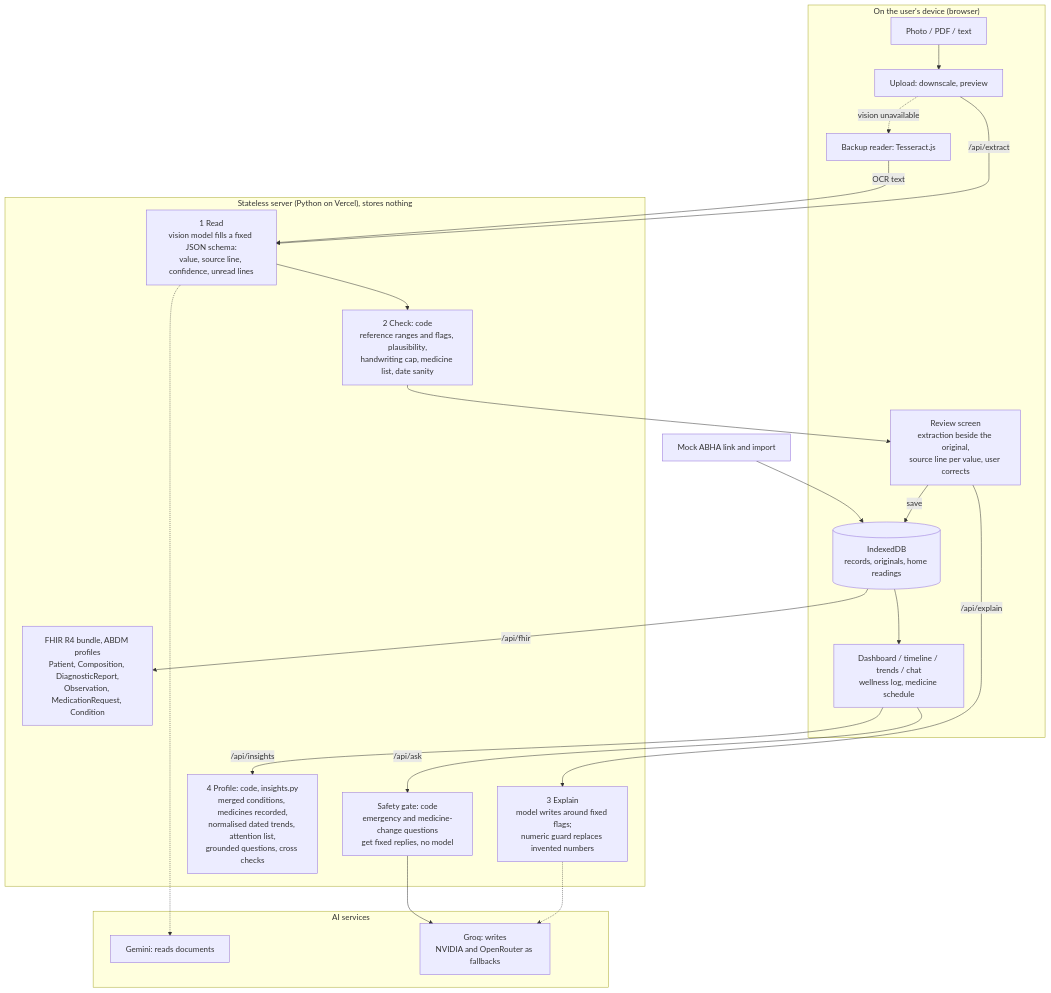
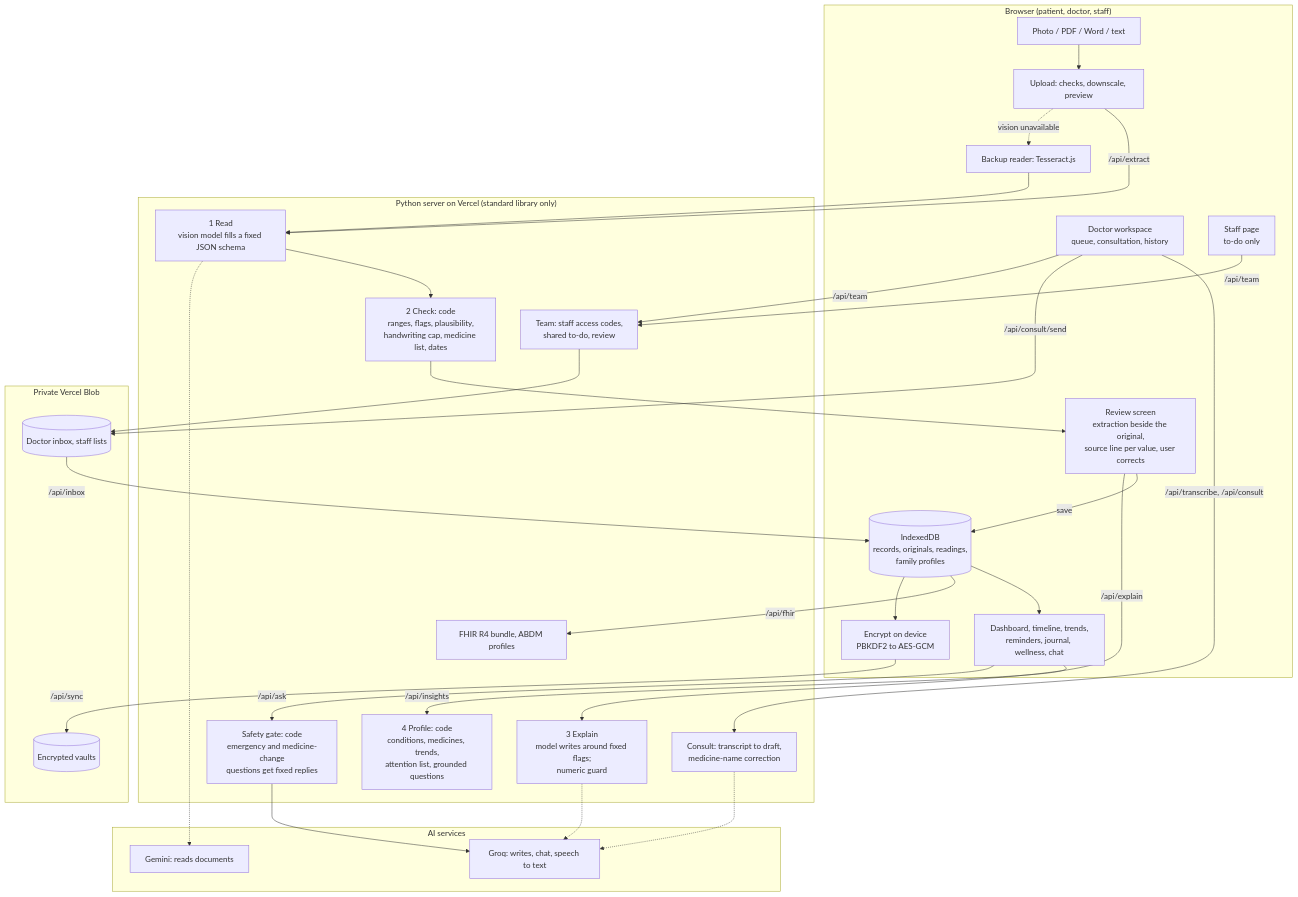
Before and after one commit to OrbitronOfficial/sehat-copilot: the diagram in README.md, drawn with Mermaid. The commit also changed other lines of this file, not shown here.

Commit message:
docs(readme): document the Round 2 build, demos, architecture and limits

````diff
--- a/README.md
+++ b/README.md
@@ -23,31 +77,43 @@
 ```mermaid
 flowchart TB
-  subgraph Device["On the user's device (browser)"]
-    U[Photo / PDF / text] --> B[Upload: downscale, preview]
+  subgraph Device["Browser (patient, doctor, staff)"]
+    U[Photo / PDF / Word / text] --> B[Upload: checks, downscale, preview]
     V[Review screen<br/>extraction beside the original,<br/>source line per value, user corrects]
-    S[(IndexedDB<br/>records, originals, home readings)]
-    D[Dashboard / timeline / trends / chat<br/>wellness log, medicine schedule]
+    S[(IndexedDB<br/>records, originals, readings,<br/>family profiles)]
+    D[Dashboard, timeline, trends,<br/>reminders, journal, wellness, chat]
+    DR[Doctor workspace<br/>queue, consultation, history]
+    ST[Staff page<br/>to-do only]
+    E[Encrypt on device<br/>PBKDF2 to AES-GCM]
     O[Backup reader: Tesseract.js]
   end
-  subgraph Server["Stateless server (Python on Vercel), stores nothing"]
-    R[1 Read<br/>vision model fills a fixed JSON schema:<br/>value, source line, confidence, unread lines]
-    C[2 Check: code<br/>reference ranges and flags, plausibility,<br/>handwriting cap, medicine list, date sanity]
-    W[3 Explain<br/>model writes around fixed flags;<br/>numeric guard replaces invented numbers]
-    P[4 Profile: code, insights.py<br/>merged conditions, medicines recorded,<br/>normalised dated trends, attention list,<br/>grounded questions, cross checks]
-    G[Safety gate: code<br/>emergency and medicine-change questions<br/>get fixed replies, no model]
-    F[FHIR R4 bundle, ABDM profiles<br/>Patient, Composition, DiagnosticReport,<br/>Observation, MedicationRequest, Condition]
+  subgraph Server["Python server on Vercel (standard library only)"]
+    R[1 Read<br/>vision model fills a fixed JSON schema]
+    C[2 Check: code<br/>ranges, flags, plausibility,<br/>handwriting cap, medicine list, dates]
+    W[3 Explain<br/>model writes around fixed flags;<br/>numeric guard]
+    P[4 Profile: code<br/>conditions, medicines, trends,<br/>attention list, grounded questions]
+    G[Safety gate: code<br/>emergency and medicine-change<br/>questions get fixed replies]
+    CO[Consult: transcript to draft,<br/>medicine-name correction]
+    T[Team: staff access codes,<br/>shared to-do, review]
+    F[FHIR R4 bundle, ABDM profiles]
+  end
+  subgraph Store["Private Vercel Blob"]
+    VA[(Encrypted vaults)]
+    AD[(Doctor inbox, staff lists)]
   end
   subgraph AI["AI services"]
     GEM[Gemini: reads documents]
-    GRQ[Groq: writes<br/>NVIDIA and OpenRouter as fallbacks]
+    GRQ[Groq: writes, chat, speech to text]
   end
   B -->|/api/extract| R --> C --> V -->|save| S
   R -.-> GEM
-  B -.vision unavailable.-> O -->|OCR text| R
+  B -.vision unavailable.-> O --> R
   V -->|/api/explain| W -.-> GRQ
-  S --> D
-  D -->|/api/insights| P
+  S --> D -->|/api/insights| P
   D -->|/api/ask| G --> GRQ
   S -->|/api/fhir| F
-  A[Mock ABHA link and import] --> S
+  S --> E -->|/api/sync| VA
+  DR -->|/api/transcribe, /api/consult| CO -.-> GRQ
+  DR -->|/api/consult/send| AD -->|/api/inbox| S
+  DR -->|/api/team| T --> AD
+  ST -->|/api/team| T
 ```
````
